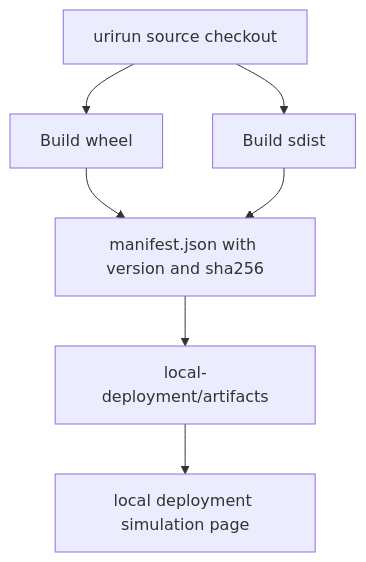
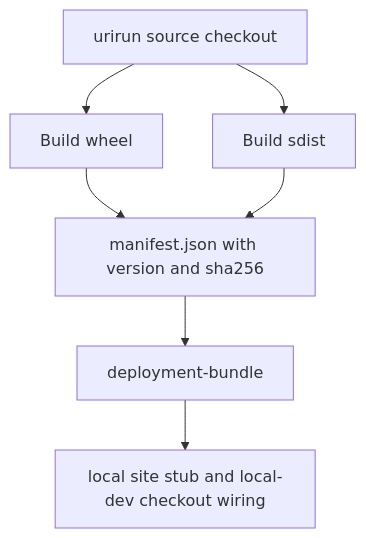
The fourth of 4 diagrams in docs/multiplatform-e2e-design.md (if-uri/urirun-multiplatform-test), drawn with Mermaid before and after one commit. The commit also changed other lines of this file and 23 other files, not shown here.

Commit message:
Add validation reports, deployment bundle, GUI policy, and CI summaries

````diff
--- a/docs/multiplatform-e2e-design.md
+++ b/docs/multiplatform-e2e-design.md
@@ -106,9 +131,9 @@
 ```mermaid
 flowchart TD
     S[urirun source checkout] --> W[Build wheel]
     S --> T[Build sdist]
     W --> M[manifest.json with version and sha256]
     T --> M
-    M --> D[local-deployment/artifacts]
-    D --> SITE[local deployment simulation page]
+    M --> D[deployment-bundle]
+    D --> SITE[local site stub and local-dev checkout wiring]
 ```
````
